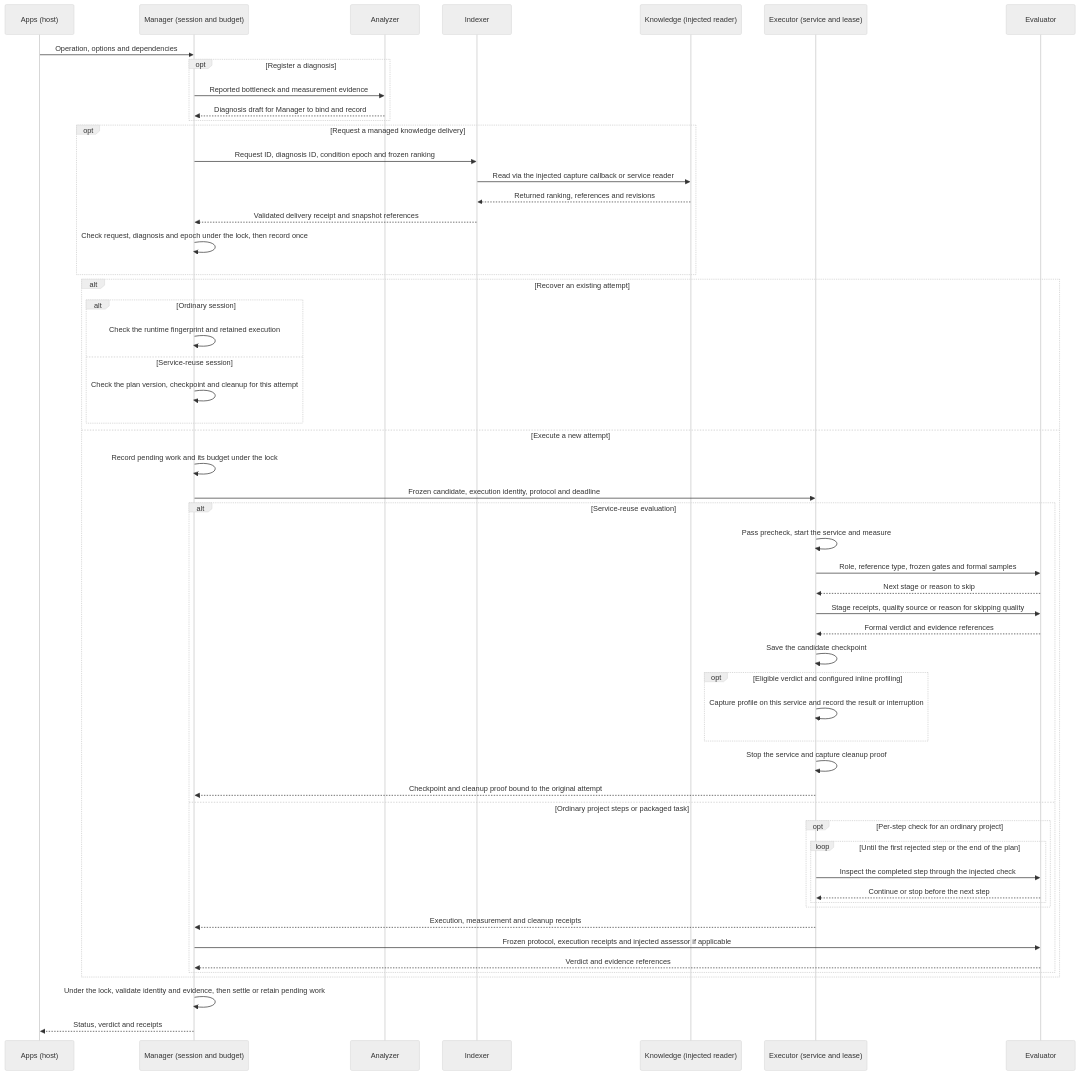
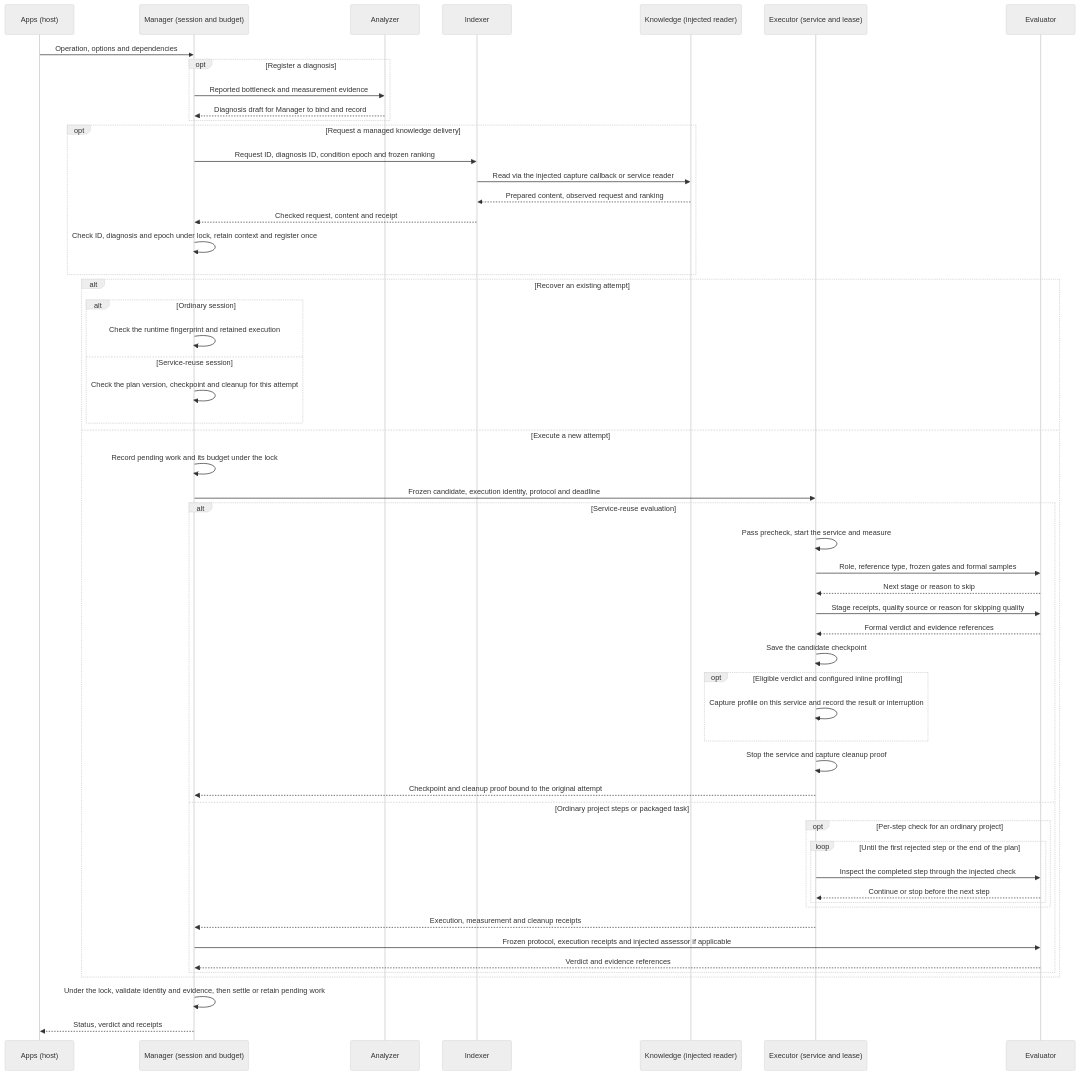
Before and after one commit to InferMatrixLab/InferRSI: the diagram in src/inferrsi/harness/README.md, drawn with Mermaid (neutral theme). The commit also changed other lines of this file and 7 other files, not shown here.

````diff
--- a/src/inferrsi/harness/README.md
+++ b/src/inferrsi/harness/README.md
@@ -77,57 +77,57 @@
 ```mermaid
 sequenceDiagram
     participant C as Apps (host)
     participant M as Manager (session and budget)
     participant A as Analyzer
     participant I as Indexer
     participant K as Knowledge (injected reader)
     participant X as Executor (service and lease)
     participant V as Evaluator
     C->>M: Operation, options and dependencies
     opt Register a diagnosis
         M->>A: Reported bottleneck and measurement evidence
         A-->>M: Diagnosis draft for Manager to bind and record
     end
     opt Request a managed knowledge delivery
         M->>I: Request ID, diagnosis ID, condition epoch and frozen ranking
         I->>K: Read via the injected capture callback or service reader
-        K-->>I: Returned ranking, references and revisions
-        I-->>M: Validated delivery receipt and snapshot references
-        M->>M: Check request, diagnosis and epoch under the lock, then record once
+        K-->>I: Prepared content, observed request and ranking
+        I-->>M: Checked request, content and receipt
+        M->>M: Check ID, diagnosis and epoch under lock, retain context and register once
     end
     alt Recover an existing attempt
         alt Ordinary session
             M->>M: Check the runtime fingerprint and retained execution
         else Service-reuse session
             M->>M: Check the plan version, checkpoint and cleanup for this attempt
         end
     else Execute a new attempt
         M->>M: Record pending work and its budget under the lock
         M->>X: Frozen candidate, execution identity, protocol and deadline
         alt Service-reuse evaluation
             X->>X: Pass precheck, start the service and measure
             X->>V: Role, reference type, frozen gates and formal samples
             V-->>X: Next stage or reason to skip
             X->>V: Stage receipts, quality source or reason for skipping quality
             V-->>X: Formal verdict and evidence references
             X->>X: Save the candidate checkpoint
             opt Eligible verdict and configured inline profiling
                 X->>X: Capture profile on this service and record the result or interruption
             end
             X->>X: Stop the service and capture cleanup proof
             X-->>M: Checkpoint and cleanup proof bound to the original attempt
         else Ordinary project steps or packaged task
             opt Per-step check for an ordinary project
                 loop Until the first rejected step or the end of the plan
                     X->>V: Inspect the completed step through the injected check
                     V-->>X: Continue or stop before the next step
                 end
             end
             X-->>M: Execution, measurement and cleanup receipts
             M->>V: Frozen protocol, execution receipts and injected assessor if applicable
             V-->>M: Verdict and evidence references
         end
     end
     M->>M: Under the lock, validate identity and evidence, then settle or retain pending work
     M-->>C: Status, verdict and receipts
 ```
````
